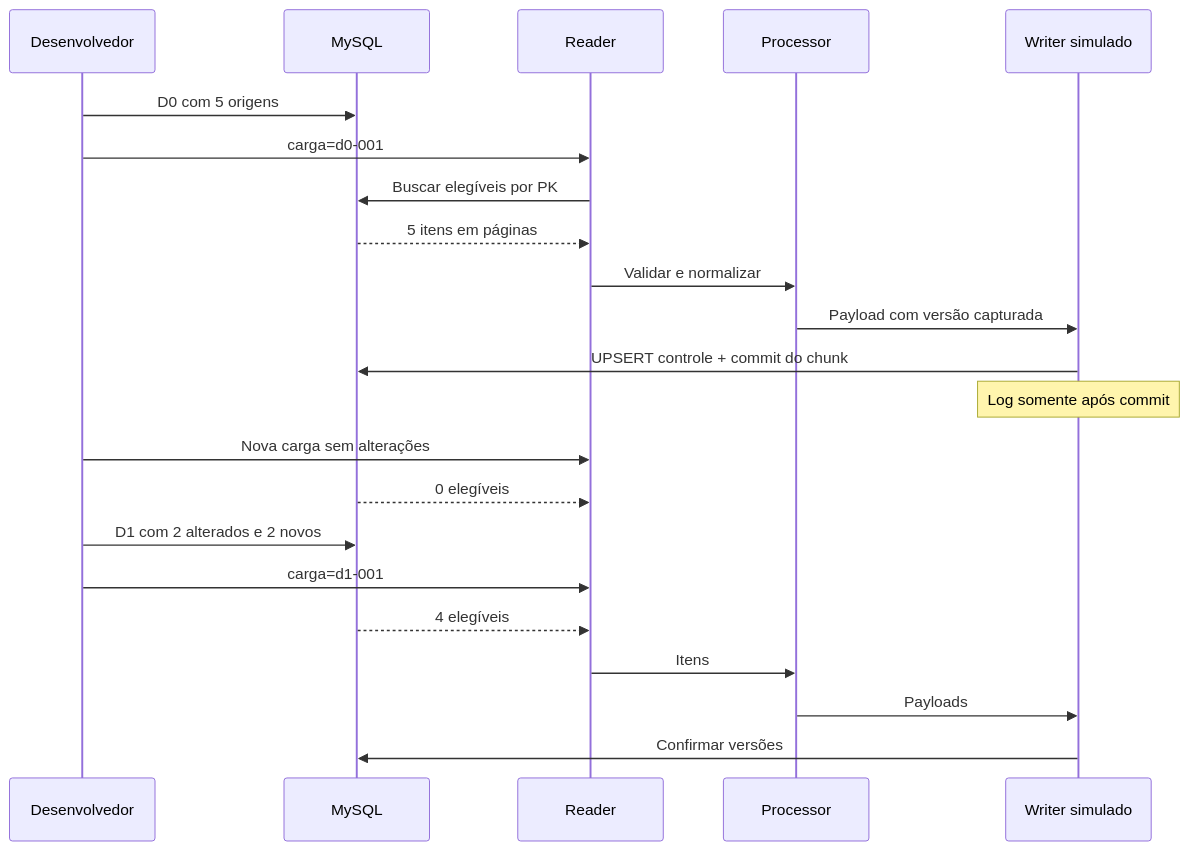
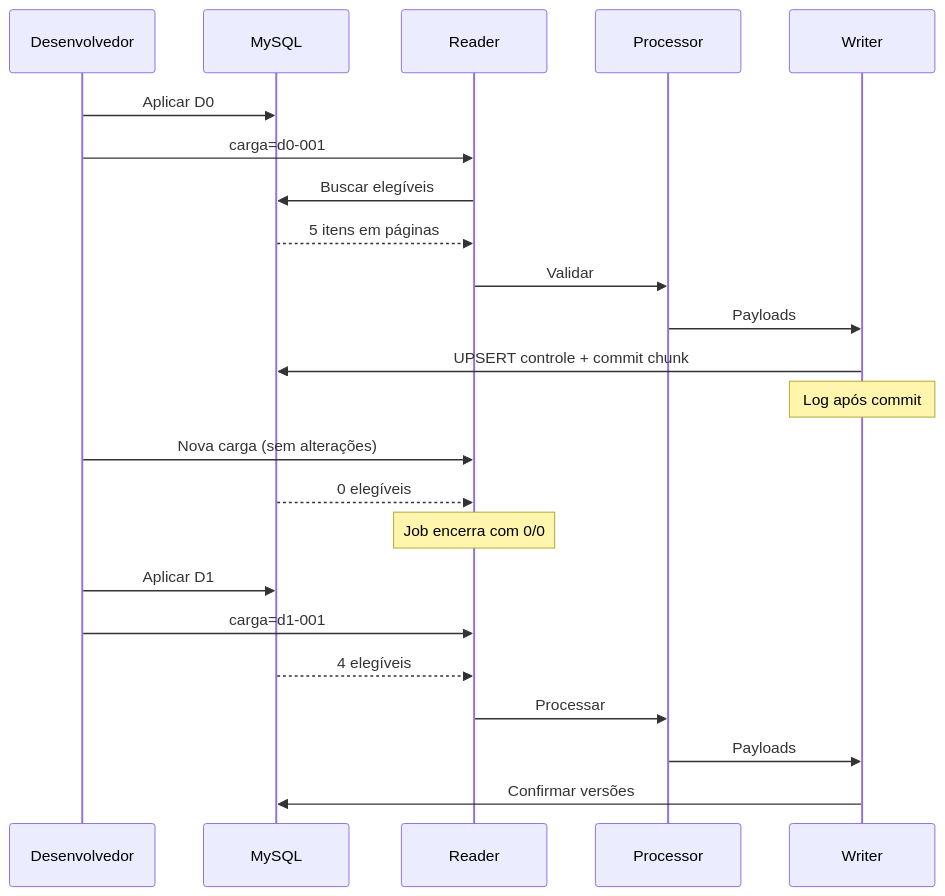
The third of 3 diagrams in README.md (murilohenzo/spring-batch-etl-reverso), drawn with Mermaid before and after one commit. The commit also changed other lines of this file, not shown here.

Commit message:
chore: Atualizar README.md com estrutura melhorada e documentação completa do projeto

````diff
--- a/README.md
+++ b/README.md
@@ -218,25 +281,28 @@
 ```mermaid
 sequenceDiagram
-    participant D as Desenvolvedor
+    participant Dev as Desenvolvedor
     participant DB as MySQL
     participant R as Reader
     participant P as Processor
-    participant W as Writer simulado
-
-    D->>DB: D0 com 5 origens
-    D->>R: carga=d0-001
-    R->>DB: Buscar elegíveis por PK
+    participant W as Writer
+    
+    Dev->>DB: Aplicar D0
+    Dev->>R: carga=d0-001
+    R->>DB: Buscar elegíveis
     DB-->>R: 5 itens em páginas
-    R->>P: Validar e normalizar
-    P->>W: Payload com versão capturada
-    W->>DB: UPSERT controle + commit do chunk
-    Note over W: Log somente após commit
-    D->>R: Nova carga sem alterações
+    R->>P: Validar
+    P->>W: Payloads
+    W->>DB: UPSERT controle + commit chunk
+    Note over W: Log após commit
+    
+    Dev->>R: Nova carga (sem alterações)
     DB-->>R: 0 elegíveis
-    D->>DB: D1 com 2 alterados e 2 novos
-    D->>R: carga=d1-001
+    Note over R: Job encerra com 0/0
+    
+    Dev->>DB: Aplicar D1
+    Dev->>R: carga=d1-001
     DB-->>R: 4 elegíveis
-    R->>P: Itens
+    R->>P: Processar
     P->>W: Payloads
     W->>DB: Confirmar versões
 ```
````
